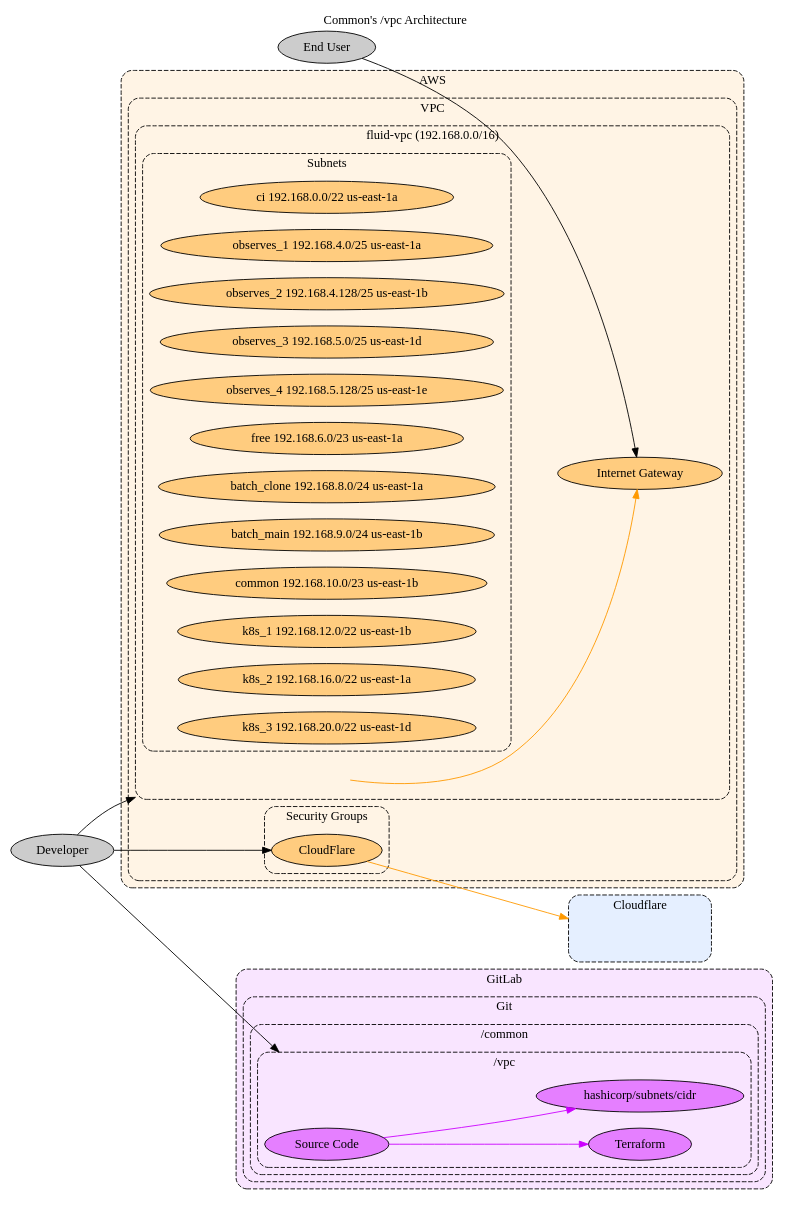
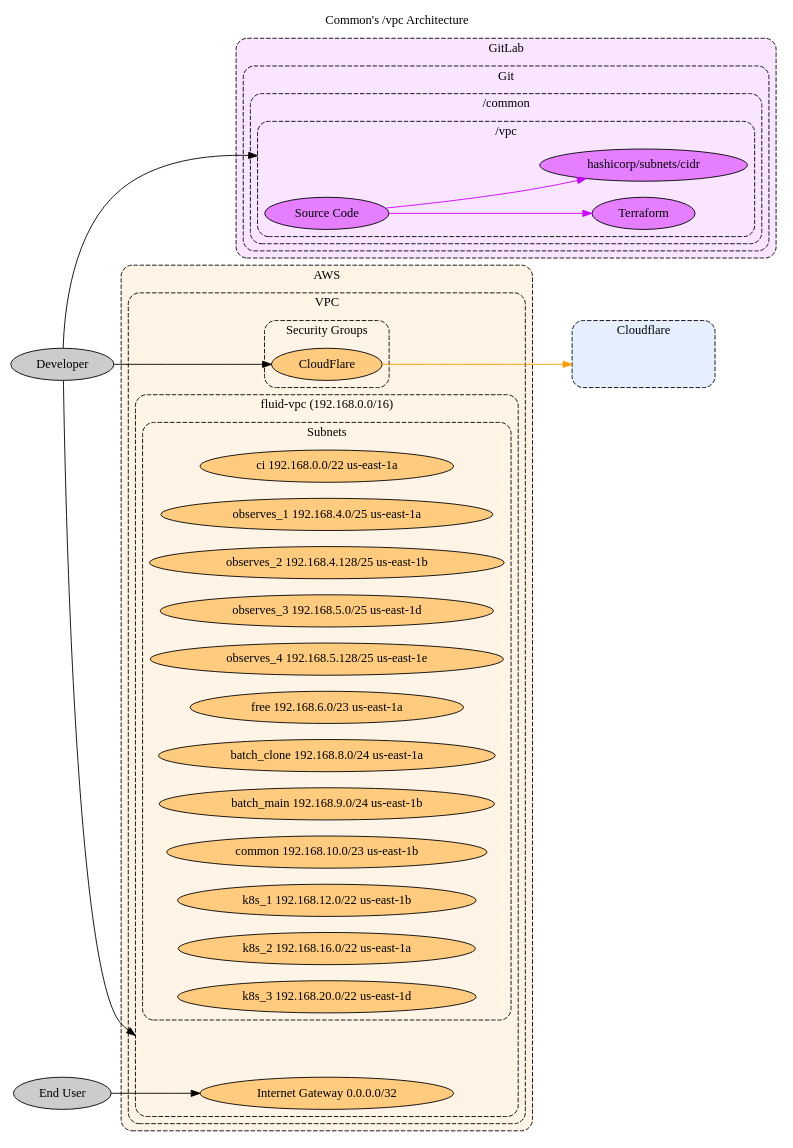
The diagram in docs/src/docs/development/products/common/vpc-arch.dot (jeanbaptistemora/fluidattacks-universe2), drawn with Graphviz before and after one commit. The commit also changed 4 other files, not shown here.

```diff
--- a/docs/src/docs/development/products/common/vpc-arch.dot
+++ b/docs/src/docs/development/products/common/vpc-arch.dot
@@ -1,107 +1,106 @@
 // SPDX-FileCopyrightText: 2022 Fluid Attacks <development@fluidattacks.com>
 //
 // SPDX-License-Identifier: MPL-2.0
 
 digraph common {
   label="Common's /vpc Architecture"
   labelloc="t"
   compound="true"
   concentrate="true"
   rankdir="LR"
   scale="scalexy"
 
   node[style="filled"]
   graph[style="dashed,rounded"]
 
   subgraph cluster_aws {
     label="AWS"
     bgcolor="0.1 0.1 1.0"
     node[fillcolor="0.1 0.5 1.0"]
 
     subgraph cluster_aws_vpc {
       label="VPC"
 
       subgraph cluster_aws_security_groups {
         label="Security Groups"
 
         aws_security_groups_cloudflare[label="CloudFlare"]
       }
 
       subgraph cluster_aws_vpc_fluid_vpc {
         label="fluid-vpc (192.168.0.0/16)"
 
         cluster_aws_vpc_fluid_vpc[label="" style="invis"]
 
-        aws_vpc_fluid_vpc_internet_gateway[label="Internet Gateway"]
+        aws_vpc_fluid_vpc_internet_gateway[label="Internet Gateway 0.0.0.0/32"]
 
         subgraph cluster_aws_vpc_fluid_vpc_subnets {
           label="Subnets"
 
           cluster_aws_vpc_fluid_vpc_subnets_ci[label="ci 192.168.0.0/22 us-east-1a"]
           cluster_aws_vpc_fluid_vpc_subnets_observes_1[label="observes_1 192.168.4.0/25 us-east-1a"]
           cluster_aws_vpc_fluid_vpc_subnets_observes_2[label="observes_2 192.168.4.128/25 us-east-1b"]
           cluster_aws_vpc_fluid_vpc_subnets_observes_3[label="observes_3 192.168.5.0/25 us-east-1d"]
           cluster_aws_vpc_fluid_vpc_subnets_observes_4[label="observes_4 192.168.5.128/25 us-east-1e"]
           cluster_aws_vpc_fluid_vpc_subnets_free[label="free 192.168.6.0/23 us-east-1a"]
           cluster_aws_vpc_fluid_vpc_subnets_batch_clone[label="batch_clone 192.168.8.0/24 us-east-1a"]
           cluster_aws_vpc_fluid_vpc_subnets_batch_main[label="batch_main 192.168.9.0/24 us-east-1b"]
           cluster_aws_vpc_fluid_vpc_subnets_common[label="common 192.168.10.0/23 us-east-1b"]
           cluster_aws_vpc_fluid_vpc_subnets_k8s_1[label="k8s_1 192.168.12.0/22 us-east-1b"]
           cluster_aws_vpc_fluid_vpc_subnets_k8s_2[label="k8s_2 192.168.16.0/22 us-east-1a"]
           cluster_aws_vpc_fluid_vpc_subnets_k8s_3[label="k8s_3 192.168.20.0/22 us-east-1d"]
         }
       }
     }
   }
 
   subgraph cluster_cloudflare {
     label="Cloudflare"
     bgcolor="0.6 0.1 1.0"
     node[fillcolor="0.6 0.5 1.0"]
 
     cluster_cloudflare[label="" style="invis" width="2.0"]
   }
 
   subgraph cluster_gitlab {
     label="GitLab"
     bgcolor="0.8 0.1 1.0"
     node[fillcolor="0.8 0.5 1.0"]
 
     subgraph cluster_gitlab_git {
       label="Git"
 
       subgraph cluster_gitlab_git_common {
         label="/common"
 
         subgraph cluster_gitlab_git_common_vpc {
           label="/vpc"
 
           cluster_gitlab_git_common_vpc[label="" style="invis"]
           gitlab_git_common_vpc[label="Source Code"]
           gitlab_git_common_vpc_terraform[label="Terraform"]
           gitlab_git_common_vpc_terraform_hashicorp_subnets_cidr[label="hashicorp/subnets/cidr"]
         }
       }
     }
   }
 
   edge[color="0.1 1.0 1.0"]
-  cluster_aws_vpc_fluid_vpc -> aws_vpc_fluid_vpc_internet_gateway[ltail="cluster_aws_vpc_fluid_vpc"]
   aws_security_groups_cloudflare -> cluster_cloudflare[lhead="cluster_cloudflare"]
 
   edge[color="0.6 1.0 1.0"]
 
   edge[color="0.8 1.0 1.0"]
   gitlab_git_common_vpc -> gitlab_git_common_vpc_terraform[]
   gitlab_git_common_vpc -> gitlab_git_common_vpc_terraform_hashicorp_subnets_cidr[]
 
   node[fillcolor="0.0 0.0 0.8"]
   developer[label="Developer"]
   end_user[label="End User"]
 
   edge[color="0.0 0.0 0.0"]
   end_user -> aws_vpc_fluid_vpc_internet_gateway[]
   developer -> aws_security_groups_cloudflare[]
   developer -> cluster_aws_vpc_fluid_vpc[lhead="cluster_aws_vpc_fluid_vpc"]
   developer -> cluster_gitlab_git_common_vpc[lhead="cluster_gitlab_git_common_vpc"]
 }
```
